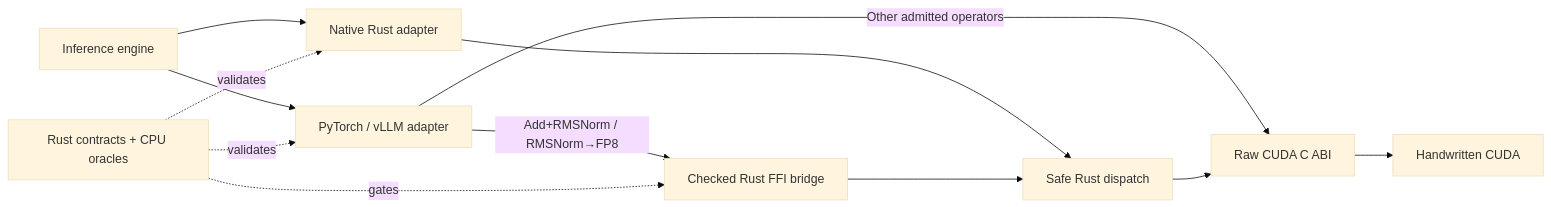
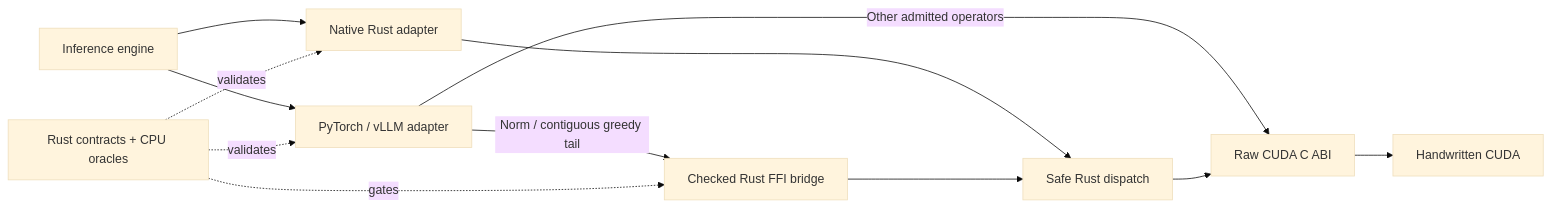
One commit to feichai0017/orbitkv changed the diagram in README.md. Above: the diagram before and after it, drawn with Mermaid (base theme). The commit also changed other lines of this file and 19 other files, not shown here.

Commit message:
docs: publish compatibility and contribution roadmap

````diff
--- a/README.md
+++ b/README.md
@@ -57,14 +59,14 @@
 ```mermaid
 flowchart LR
     A["Inference engine"] --> N["Native Rust adapter"]
     A --> P["PyTorch / vLLM adapter"]
-    P -- "Add+RMSNorm / RMSNorm→FP8" --> B["Checked Rust FFI bridge"]
+    P -- "Norm / contiguous greedy tail" --> B["Checked Rust FFI bridge"]
     P -- "Other admitted operators" --> C["Raw CUDA C ABI"]
     N --> R["Safe Rust dispatch"]
     B --> R
     R --> C
     C --> D["Handwritten CUDA"]
     F["Rust contracts + CPU oracles"] -. validates .-> N
     F -. gates .-> B
     F -. validates .-> P
 ```
````
